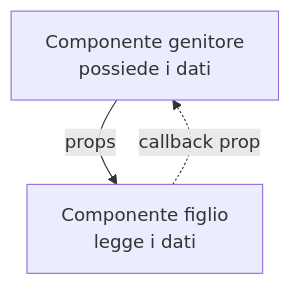
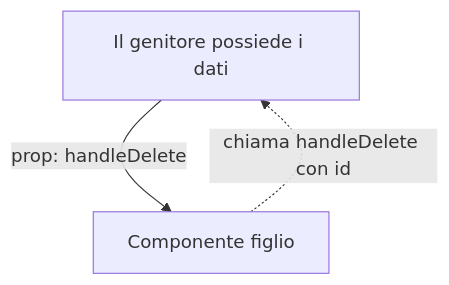
Before and after one commit to BabaScience/react-guides: the fifth of 10 diagrams in arguments/chapters/it/01-fundamentals.md, drawn with Mermaid. The commit also changed other lines of this file and 46 other files, not shown here.

````diff
--- a/arguments/chapters/it/01-fundamentals.md
+++ b/arguments/chapters/it/01-fundamentals.md
@@ -171,5 +522,5 @@
 ```mermaid
 graph TD
-    Parent[Componente genitore<br/>possiede i dati] -->|props| Child[Componente figlio<br/>legge i dati]
-    Child -.->|callback prop| Parent
+    Parent[Il genitore possiede i dati] -->|prop: handleDelete| Child[Componente figlio]
+    Child -.->|chiama handleDelete con id| Parent
 ```
````
